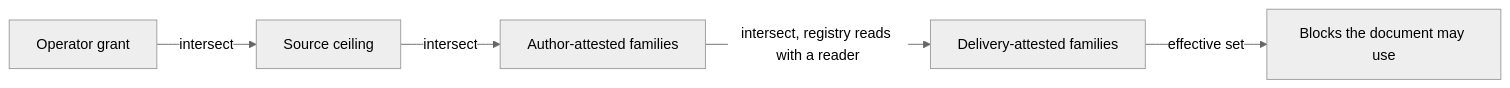
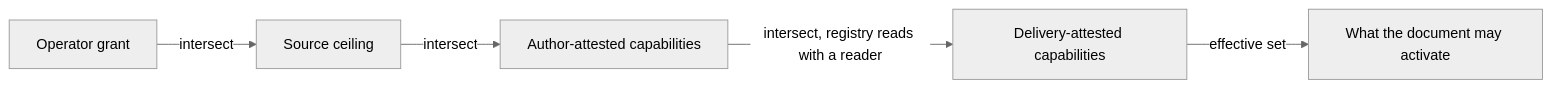
One commit to agentd-dev/source-code changed the second of 3 diagrams in docs/directives.md. Above: the diagram before and after it, drawn with Mermaid (neutral theme). The commit also changed other lines of this file and 30 other files, not shown here.

````diff
--- a/docs/directives.md
+++ b/docs/directives.md
@@ -159,7 +163,7 @@
 ```mermaid
 flowchart LR
   G["Operator grant"] -->|"intersect"| C["Source ceiling"]
-  C -->|"intersect"| A["Author-attested families"]
-  A -->|"intersect, registry reads with a reader"| D["Delivery-attested families"]
-  D -->|"effective set"| E["Blocks the document may use"]
+  C -->|"intersect"| A["Author-attested capabilities"]
+  A -->|"intersect, registry reads with a reader"| D["Delivery-attested capabilities"]
+  D -->|"effective set"| E["What the document may activate"]
 ```
````
